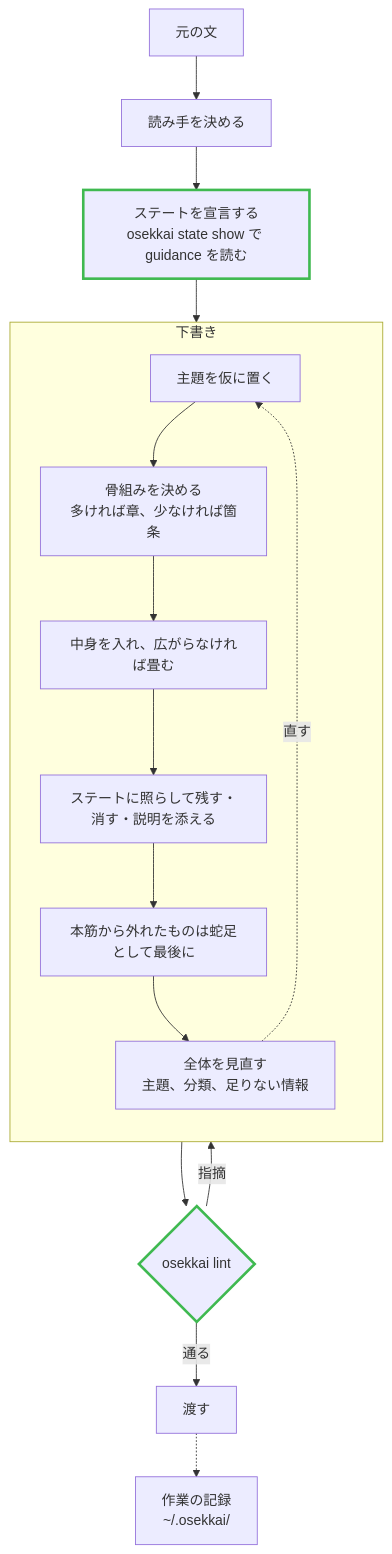
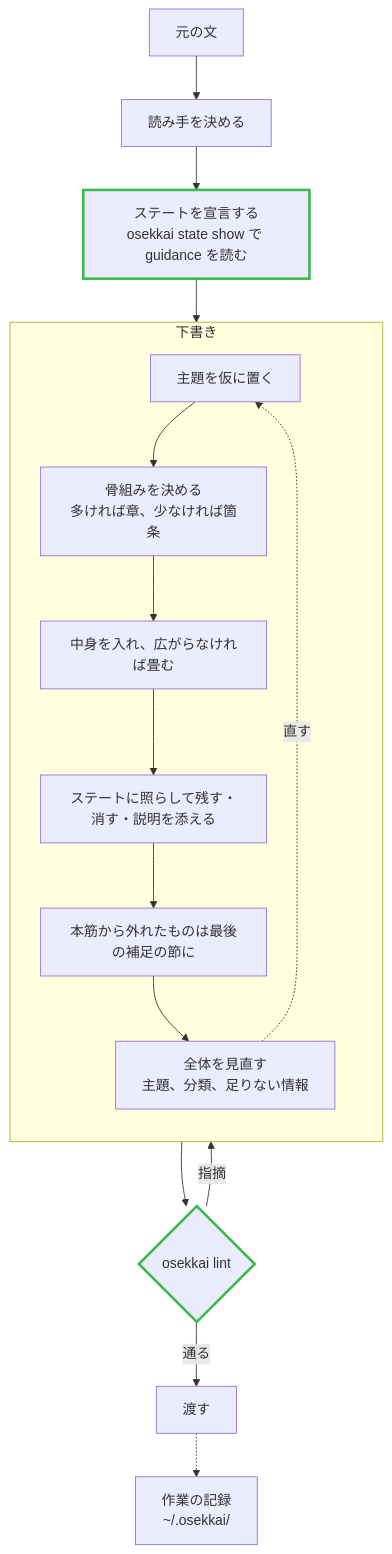
The diagram in README.md (Xantibody/osekkai), drawn with Mermaid before and after one commit. The commit also changed other lines of this file and 8 other files, not shown here.

````diff
--- a/README.md
+++ b/README.md
@@ -16,22 +16,22 @@
 ```mermaid
 flowchart TD
   src["元の文"] --> reader["読み手を決める"]
   reader --> declare["ステートを宣言する<br/>osekkai state show で guidance を読む"]
   declare --> draft
   subgraph draft ["下書き"]
     direction TB
     title["主題を仮に置く"] --> frame["骨組みを決める<br/>多ければ章、少なければ箇条"]
     frame --> fill["中身を入れ、広がらなければ畳む"]
     fill --> state["ステートに照らして残す・消す・説明を添える"]
-    state --> aside["本筋から外れたものは蛇足として最後に"]
+    state --> aside["本筋から外れたものは最後の補足の節に"]
     aside --> review["全体を見直す<br/>主題、分類、足りない情報"]
     review -. 直す .-> title
   end
   draft --> lint{"osekkai lint"}
   lint -- 指摘 --> draft
   lint -- 通る --> hand["渡す"]
   hand -.-> local["作業の記録<br/>~/.osekkai/"]
 
   classDef bin stroke:#3fb950,stroke-width:3px
   class declare,lint bin
 ```
````
